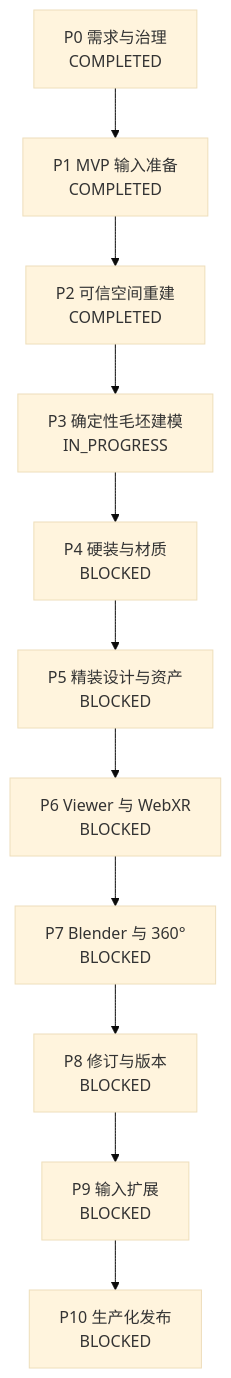
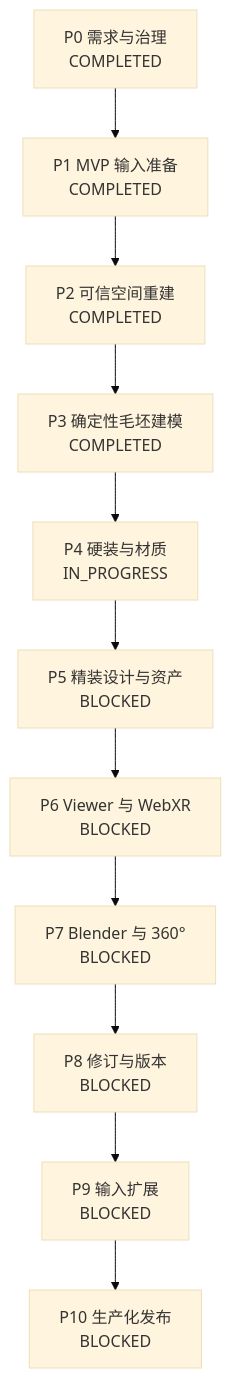
Before and after one commit to keson-skill/VR-3D-Skill: the second of 2 diagrams in 需求文档.md, drawn with Mermaid (base theme). The commit also changed other lines of this file and 1 other file, not shown here.

````diff
--- a/需求文档.md
+++ b/需求文档.md
@@ -438,13 +438,13 @@
 ```mermaid
 flowchart TD
     P0["P0 需求与治理<br/>COMPLETED"] --> P1["P1 MVP 输入准备<br/>COMPLETED"]
     P1 --> P2["P2 可信空间重建<br/>COMPLETED"]
-    P2 --> P3["P3 确定性毛坯建模<br/>IN_PROGRESS"]
-    P3 --> P4["P4 硬装与材质<br/>BLOCKED"]
+    P2 --> P3["P3 确定性毛坯建模<br/>COMPLETED"]
+    P3 --> P4["P4 硬装与材质<br/>IN_PROGRESS"]
     P4 --> P5["P5 精装设计与资产<br/>BLOCKED"]
     P5 --> P6["P6 Viewer 与 WebXR<br/>BLOCKED"]
     P6 --> P7["P7 Blender 与 360°<br/>BLOCKED"]
     P7 --> P8["P8 修订与版本<br/>BLOCKED"]
     P8 --> P9["P9 输入扩展<br/>BLOCKED"]
     P9 --> P10["P10 生产化发布<br/>BLOCKED"]
 ```
````
